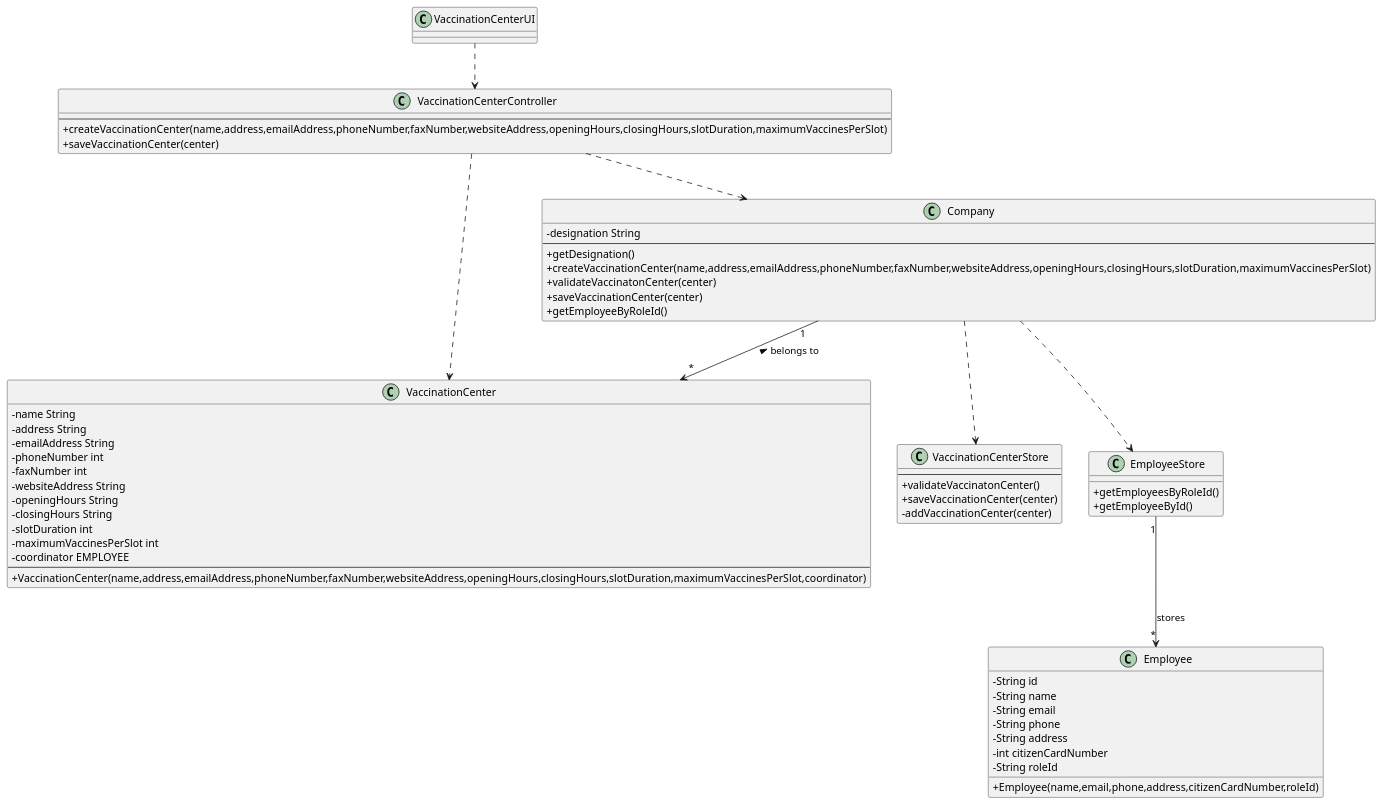
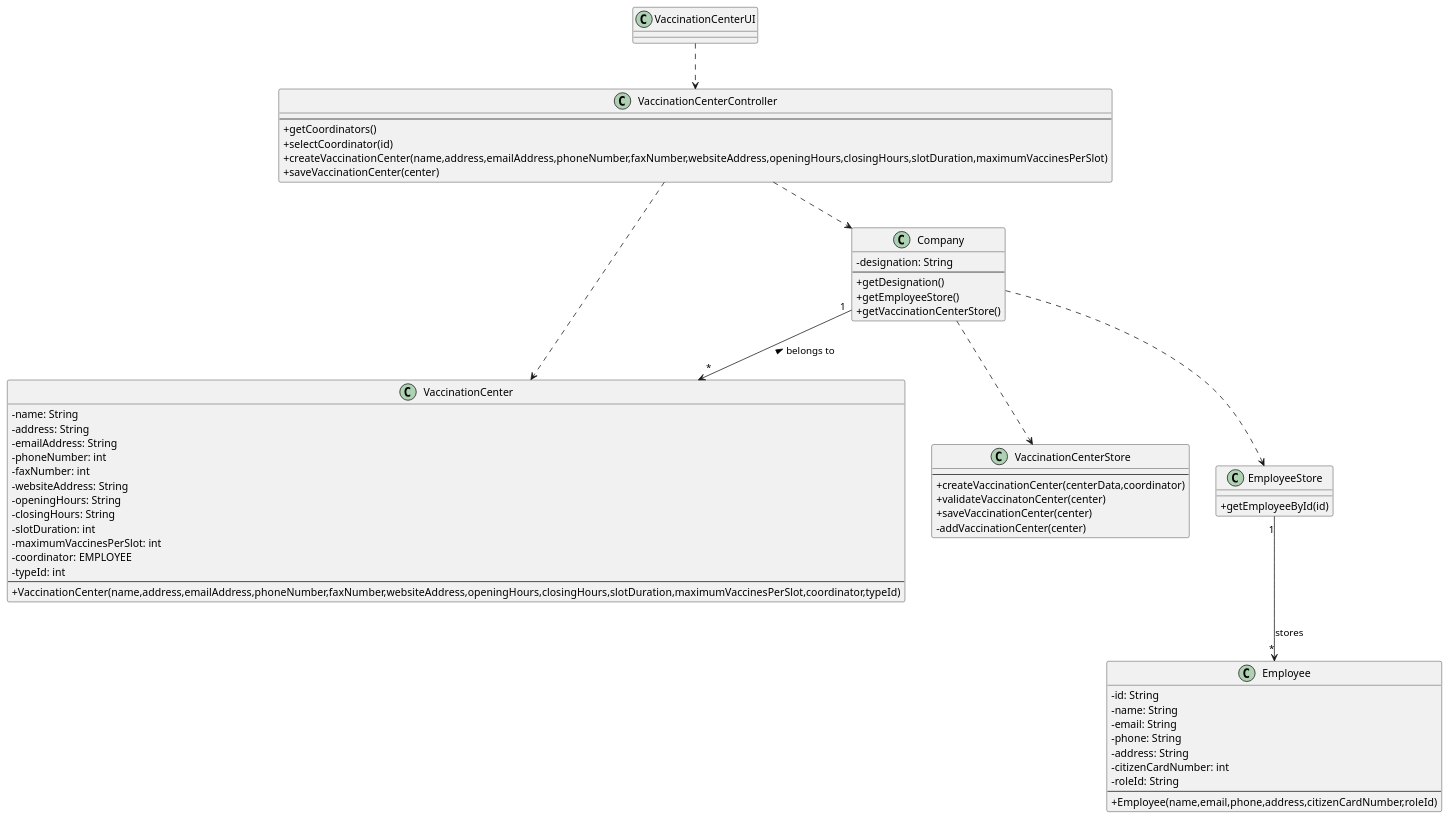
One commit to miseEnPlace-i/lapr2 changed the diagram in docs/SprintB/US09/CD/US09_CD.puml. Above: the diagram before and after it, drawn with PlantUML. The commit also changed 1 other file, not shown here.

```diff
--- a/docs/SprintB/US09/CD/US09_CD.puml
+++ b/docs/SprintB/US09/CD/US09_CD.puml
@@ -1,71 +1,72 @@
 @startuml US09_CD
 skinparam classAttributeIconSize 0
 
 class VaccinationCenter {
-  - name String
-  - address String
-  - emailAddress String
-  - phoneNumber int
-  - faxNumber int
-  - websiteAddress String
-  - openingHours String
-  - closingHours String
-  - slotDuration int
-  - maximumVaccinesPerSlot int
-  - coordinator EMPLOYEE
+  - name: String
+  - address: String
+  - emailAddress: String
+  - phoneNumber: int
+  - faxNumber: int
+  - websiteAddress: String
+  - openingHours: String
+  - closingHours: String
+  - slotDuration: int
+  - maximumVaccinesPerSlot: int
+  - coordinator: EMPLOYEE
+  - typeId: int
   ---
- +VaccinationCenter(name,address,emailAddress,phoneNumber,faxNumber,websiteAddress,openingHours,closingHours,slotDuration,maximumVaccinesPerSlot,coordinator)
+ +VaccinationCenter(name,address,emailAddress,phoneNumber,faxNumber,websiteAddress,openingHours,closingHours,slotDuration,maximumVaccinesPerSlot,coordinator,typeId)
 }
 
 
 class Company {
-  -designation String
+  -designation: String
   ---
   +getDesignation()
-  +createVaccinationCenter(name,address,emailAddress,phoneNumber,faxNumber,websiteAddress,openingHours,closingHours,slotDuration,maximumVaccinesPerSlot)
-  +validateVaccinatonCenter(center)
-  +saveVaccinationCenter(center)
-  +getEmployeeByRoleId()
+  +getEmployeeStore()
+  +getVaccinationCenterStore()
 }
 
 class VaccinationCenterStore {
 ---
-+validateVaccinatonCenter()
++createVaccinationCenter(centerData,coordinator)
++validateVaccinatonCenter(center)
 +saveVaccinationCenter(center)
 -addVaccinationCenter(center)
 }
 
 class Employee {
-  -String id
-  -String name
-  -String email
-  -String phone
-  -String address
-  -int citizenCardNumber
-  -String roleId
-  
+  -id: String 
+  -name: String 
+  -email: String 
+  -phone: String 
+  -address: String 
+  -citizenCardNumber: int 
+  -roleId: String 
+  ---
   +Employee(name,email,phone,address,citizenCardNumber,roleId)
 }
 
 class EmployeeStore {
-  +getEmployeesByRoleId()
-  +getEmployeeById()
+  +getEmployeeById(id)
 }
 
 class VaccinationCenterController {
   ---
+  +getCoordinators()
+  +selectCoordinator(id)
   +createVaccinationCenter(name,address,emailAddress,phoneNumber,faxNumber,websiteAddress,openingHours,closingHours,slotDuration,maximumVaccinesPerSlot)
   +saveVaccinationCenter(center)
 }
 
 class VaccinationCenterUI {}
 
 VaccinationCenterUI ..> VaccinationCenterController
 VaccinationCenterController ..> Company
 Company "1" --> "*" VaccinationCenter : belongs to <
 VaccinationCenterController ..> VaccinationCenter
 Company ..> VaccinationCenterStore
 Company ..> EmployeeStore
 EmployeeStore "1" --> "*" Employee : stores
 
 @enduml
```
